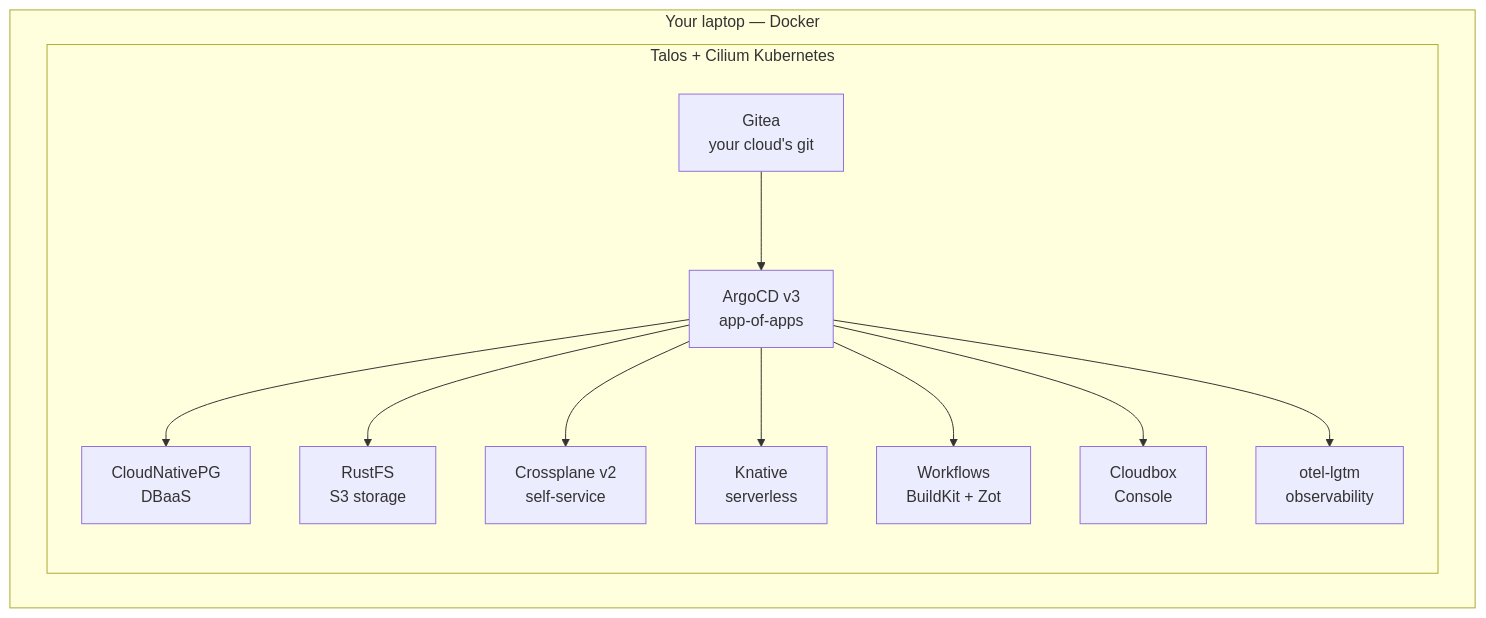
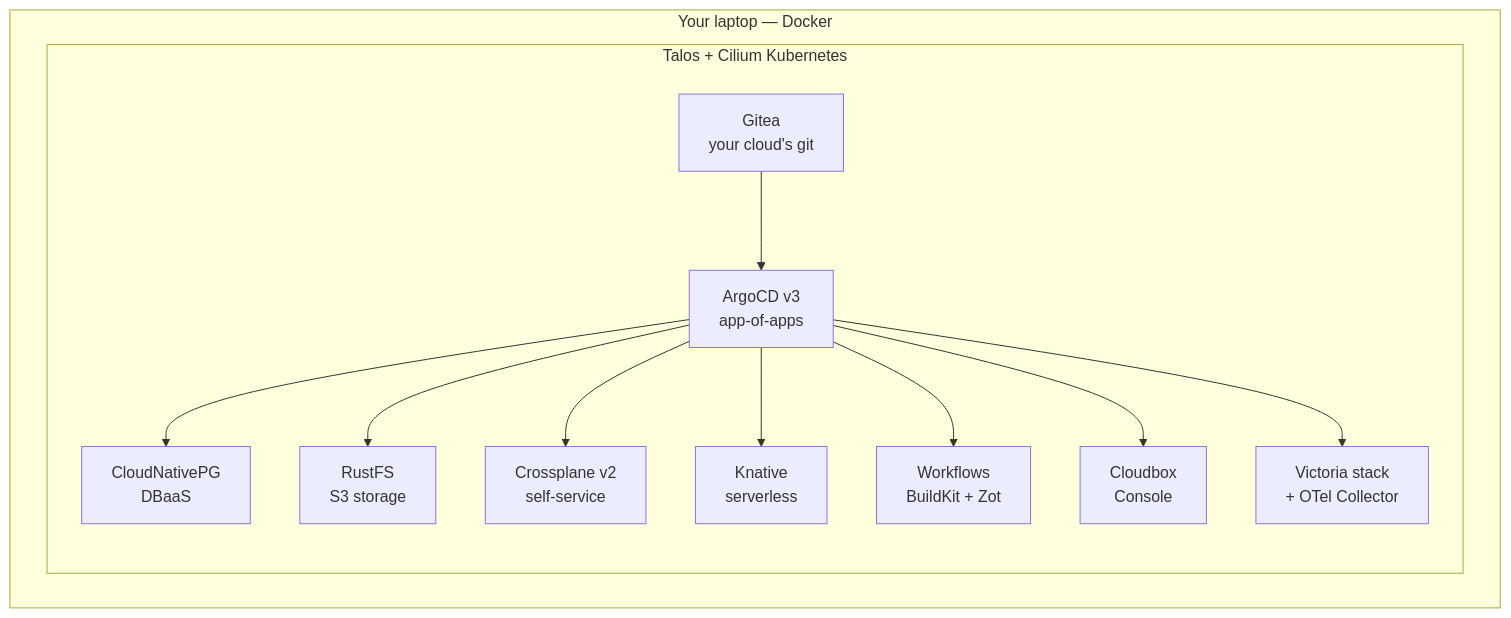
The diagram in slides/pages/what.md (randax/Platform-Engineering-Workshop), drawn with Mermaid before and after one commit. The commit also changed other lines of this file and 18 other files, not shown here.

First line of the commit message:
docs(observability): sweep otel-lgtm → Victoria stack across docs/slides/apps

````diff
--- a/slides/pages/what.md
+++ b/slides/pages/what.md
@@ -162,15 +162,15 @@
 ```mermaid {scale: 0.5}
 flowchart TB
   subgraph laptop["Your laptop — Docker"]
     subgraph talos["Talos + Cilium Kubernetes"]
       gitea["Gitea<br>your cloud's git"] --> argocd["ArgoCD v3<br>app-of-apps"]
       argocd --> cnpg["CloudNativePG<br>DBaaS"]
       argocd --> rustfs["RustFS<br>S3 storage"]
       argocd --> xp["Crossplane v2<br>self-service"]
       argocd --> kn["Knative<br>serverless"]
       argocd --> ci["Workflows<br>BuildKit + Zot"]
       argocd --> portal["Cloudbox<br>Console"]
-      argocd --> obs["otel-lgtm<br>observability"]
+      argocd --> obs["Victoria stack<br>+ OTel Collector"]
     end
   end
 ```
````
